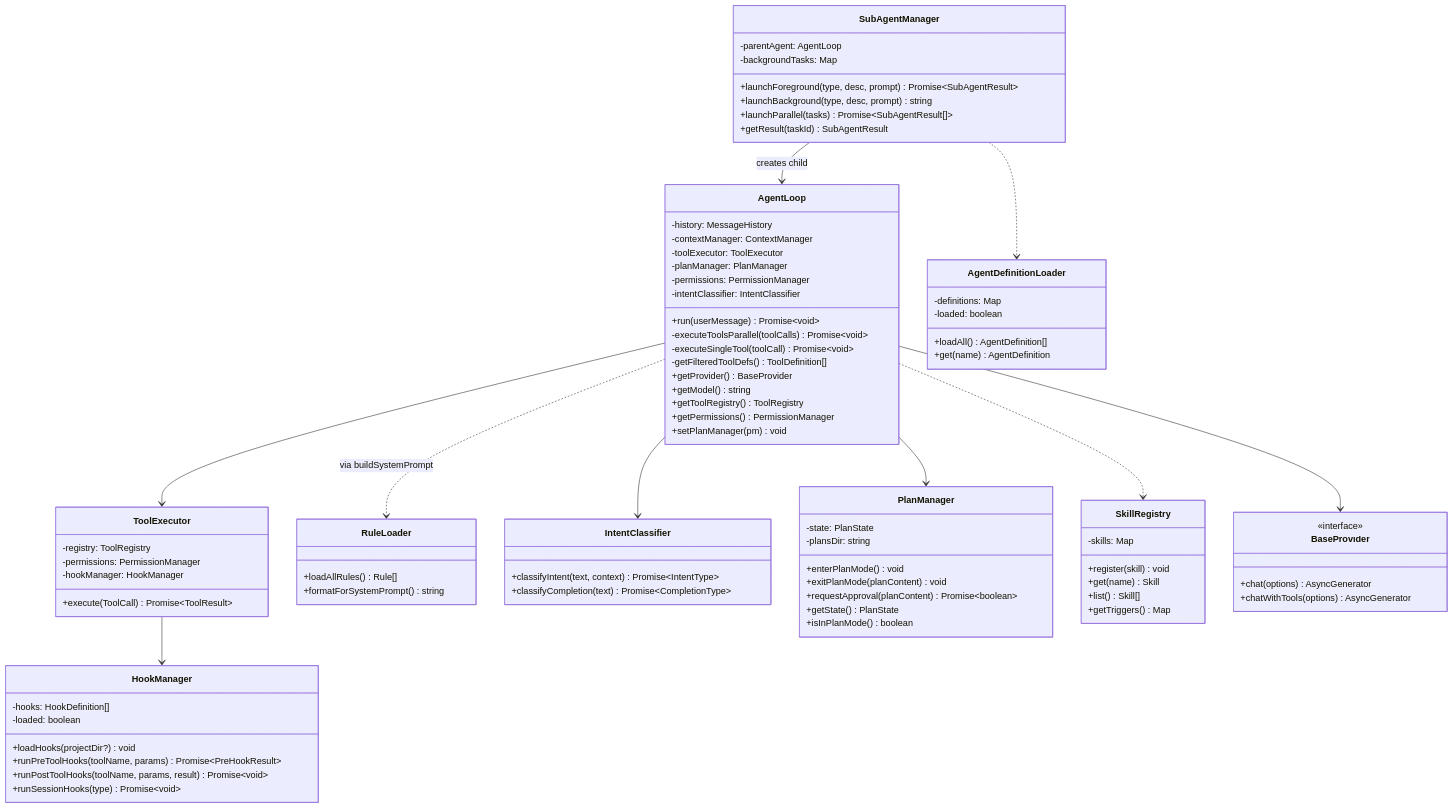
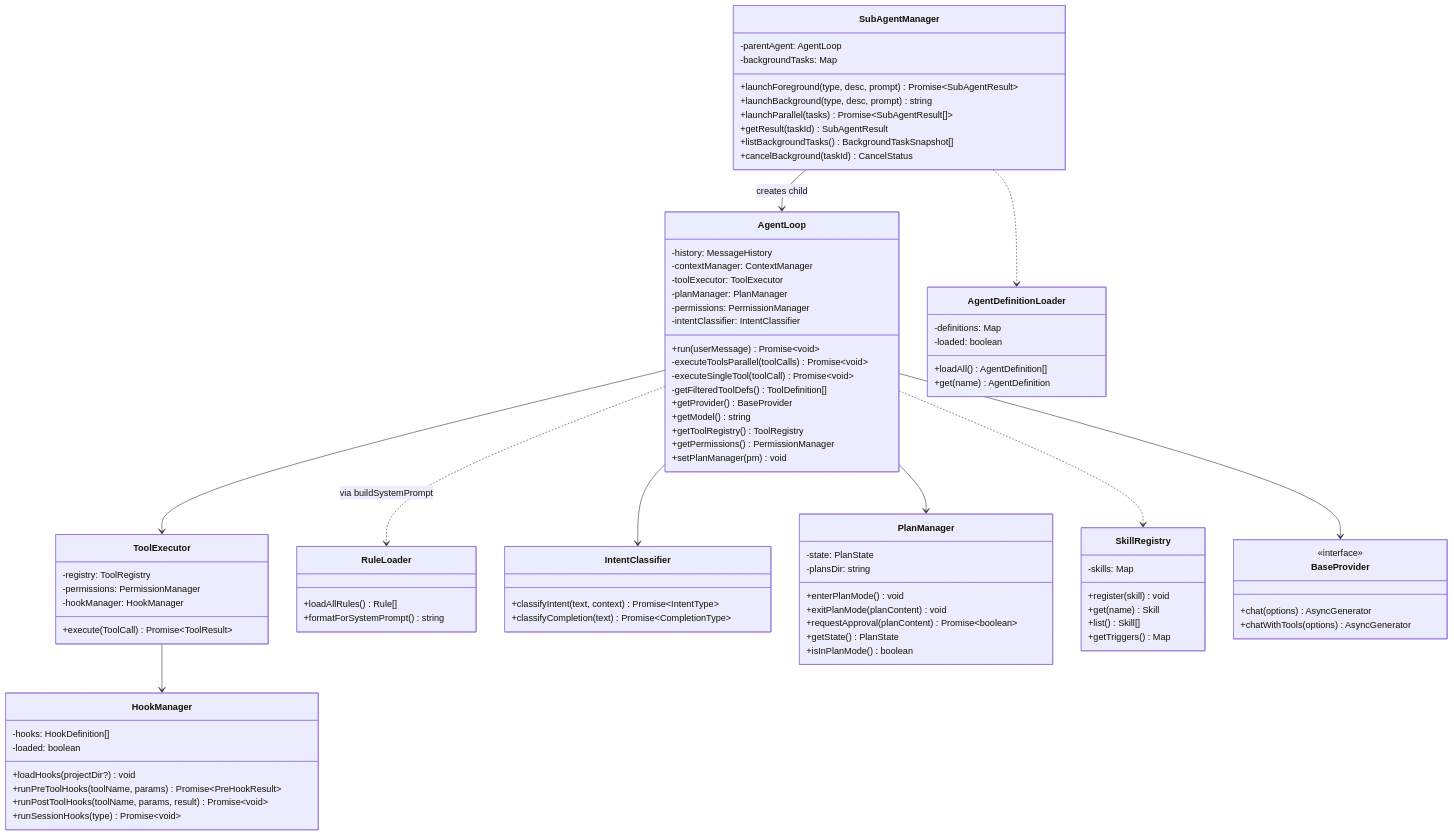
The sixth of 14 diagrams in docs/internal_design.md (t2k2pp/lllmAgents), drawn with Mermaid before and after one commit. The commit also changed other lines of this file and 21 other files, not shown here.

```diff
--- a/docs/internal_design.md
+++ b/docs/internal_design.md
@@ -315,6 +321,8 @@
         +launchBackground(type, desc, prompt) string
         +launchParallel(tasks) Promise~SubAgentResult[]~
         +getResult(taskId) SubAgentResult
+        +listBackgroundTasks() BackgroundTaskSnapshot[]
+        +cancelBackground(taskId) CancelStatus
     }
 
     class PlanManager {
```
